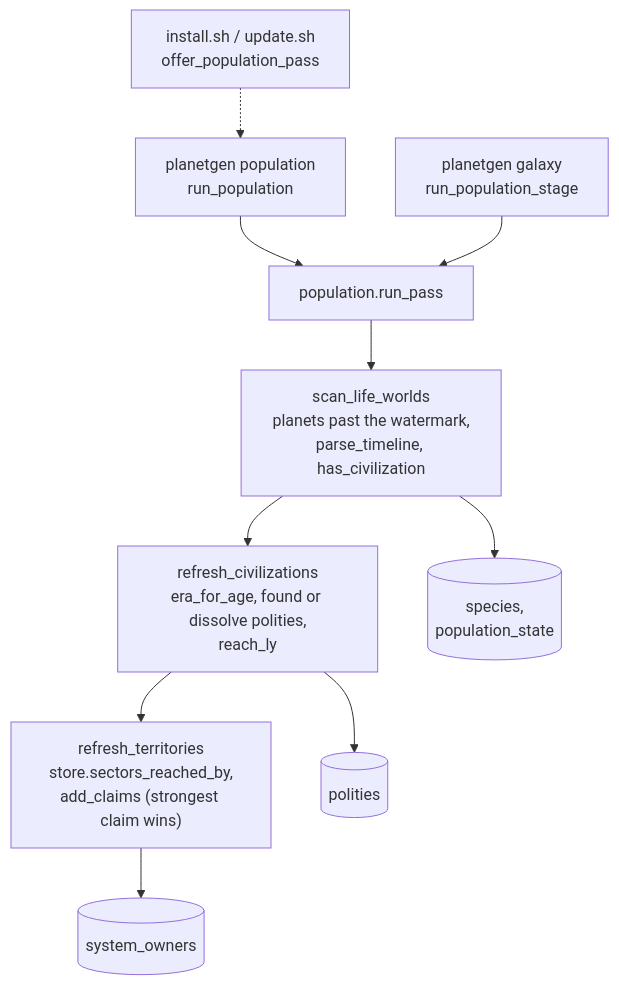
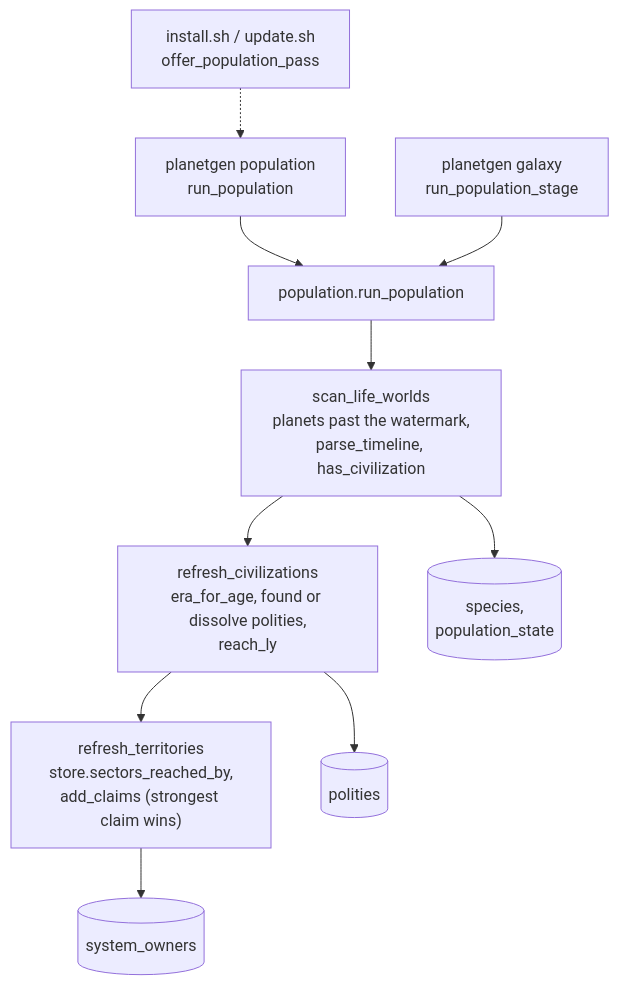
One commit to dwhagar/planetGen changed the third of 8 diagrams in docs/design/architecture/architecture.md. Above: the diagram before and after it, drawn with Mermaid. The commit also changed other lines of this file and 29 other files, not shown here.

First line of the commit message:
PERF.125: the population pass and the territories pass are separate commands; PERF.120 rules for a new command

````diff
--- a/docs/design/architecture/architecture.md
+++ b/docs/design/architecture/architecture.md
@@ -764,12 +764,12 @@
 ```mermaid
 flowchart TD
-    PopCLI["planetgen population<br/>run_population"] --> Pass["population.run_pass"]
+    PopCLI["planetgen population<br/>run_population"] --> Pass["population.run_population"]
     After["planetgen galaxy<br/>run_population_stage"] --> Pass
     Inst["install.sh / update.sh<br/>offer_population_pass"] -.-> PopCLI
     Pass --> Scan["scan_life_worlds<br/>planets past the watermark,<br/>parse_timeline, has_civilization"]
     Scan --> Civ["refresh_civilizations<br/>era_for_age, found or dissolve polities,<br/>reach_ly"]
     Civ --> Terr["refresh_territories<br/>store.sectors_reached_by,<br/>add_claims (strongest claim wins)"]
     Scan --> PT[("species,<br/>population_state")]
     Civ --> Pol[("polities")]
     Terr --> SO[("system_owners")]
 ```
````
